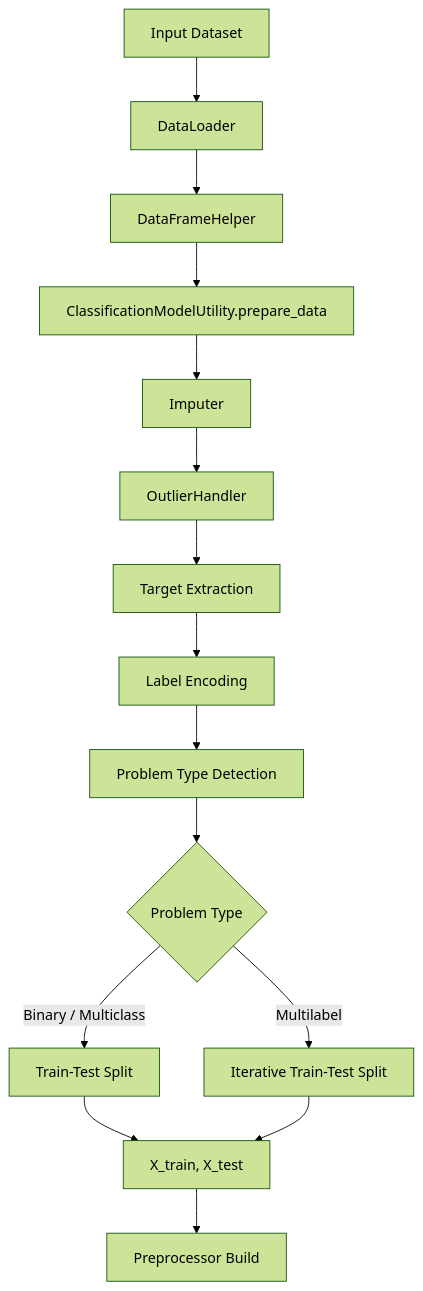
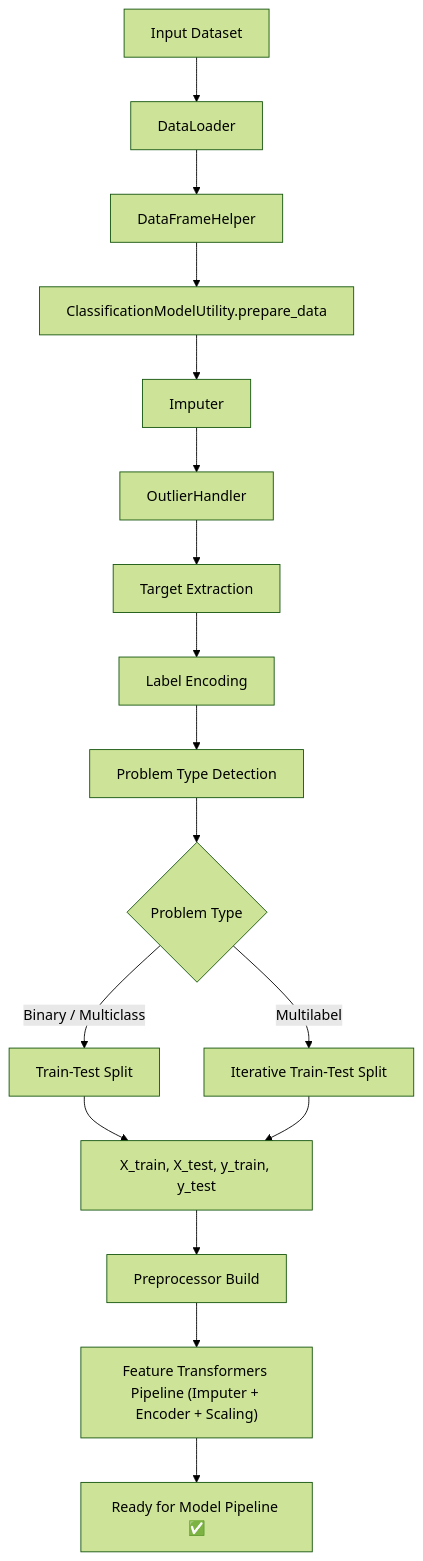
The first of 4 diagrams in lib/utility/machinelearning/facade/CLASSIFICATIONMODELUTILITY.md (abhinavssingh/python-learnings), drawn with Mermaid (forest theme) before and after one commit. The commit also changed other lines of this file and 15 other files, not shown here.

````diff
--- a/lib/utility/machinelearning/facade/CLASSIFICATIONMODELUTILITY.md
+++ b/lib/utility/machinelearning/facade/CLASSIFICATIONMODELUTILITY.md
@@ -13,25 +26,29 @@
 ```mermaid
 flowchart TD
     A[Input Dataset] --> B[DataLoader]
     B --> C[DataFrameHelper]
 
     C --> D[ClassificationModelUtility.prepare_data]
 
     D --> E[Imputer]
     E --> F[OutlierHandler]
 
     F --> G[Target Extraction]
 
     G --> H[Label Encoding]
     H --> I[Problem Type Detection]
 
     I --> J{Problem Type}
 
     J -->|Binary / Multiclass| K[Train-Test Split]
     J -->|Multilabel| L[Iterative Train-Test Split]
 
-    K --> M[X_train, X_test]
+    K --> M[X_train, X_test, y_train, y_test]
     L --> M
 
     M --> N[Preprocessor Build]
+
+    N --> O["Feature Transformers Pipeline (Imputer + Encoder + Scaling)"]
+
+    O --> P[Ready for Model Pipeline ✅]
 ```
````
